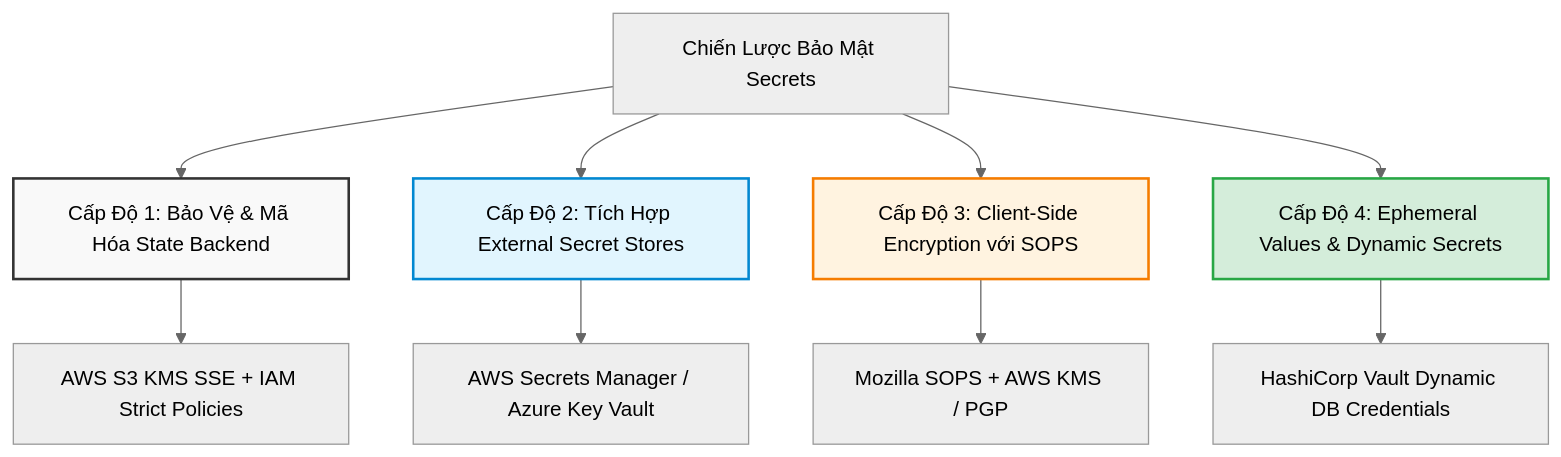
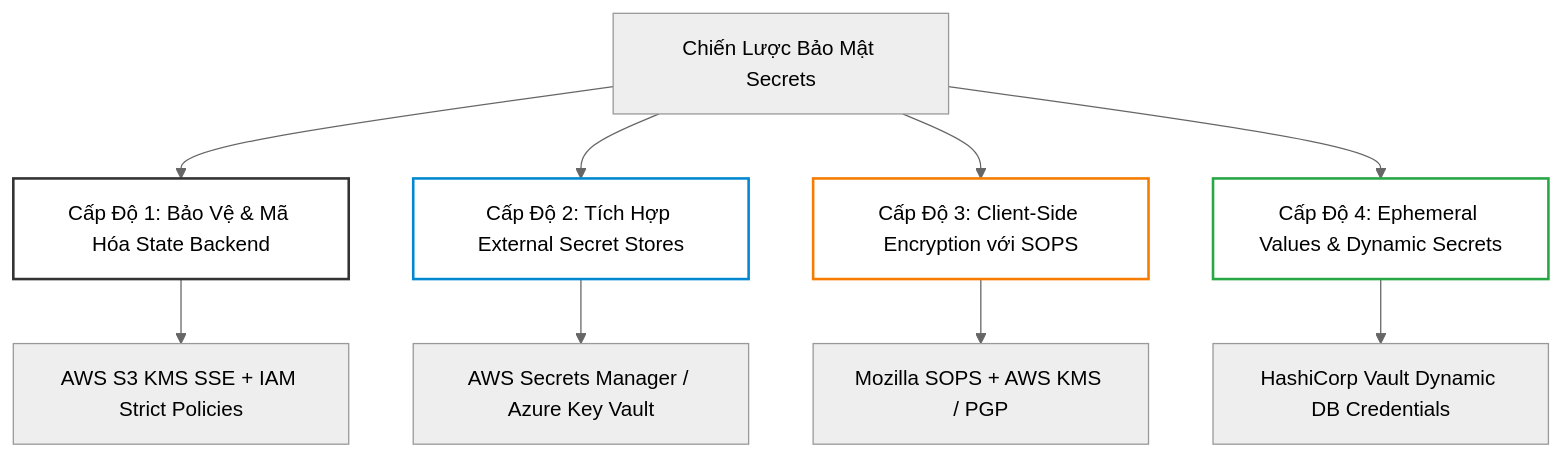
Before and after one commit to kiennt308/ntk: the second of 7 diagrams in _posts/2026-09-13-terraform-20-20-quan-ly-secrets-va-du-lieu-sensitive-trong-terraform.md, drawn with Mermaid (neutral theme). The commit also changed other lines of this file and 207 other files, not shown here.

Commit message:
feat(posts): batch standardize all 208 posts with TL;DR, qa-card accordion, fill:none mermaid, and liquid raw wrappers

````diff
--- a/_posts/2026-09-13-terraform-20-20-quan-ly-secrets-va-du-lieu-sensitive-trong-terraform.md
+++ b/_posts/2026-09-13-terraform-20-20-quan-ly-secrets-va-du-lieu-sensitive-trong-terraform.md
@@ -118,19 +122,19 @@
 ```mermaid
 graph TD
     S["Chiến Lược Bảo Mật Secrets"] --> L1["Cấp Độ 1: Bảo Vệ & Mã Hóa State Backend"]
     S --> L2["Cấp Độ 2: Tích Hợp External Secret Stores"]
     S --> L3["Cấp Độ 3: Client-Side Encryption với SOPS"]
     S --> L4["Cấp Độ 4: Ephemeral Values & Dynamic Secrets"]
 
     L1 --> L1_1["AWS S3 KMS SSE + IAM Strict Policies"]
     L2 --> L2_1["AWS Secrets Manager / Azure Key Vault"]
     L3 --> L3_1["Mozilla SOPS + AWS KMS / PGP"]
     L4 --> L4_1["HashiCorp Vault Dynamic DB Credentials"]
 
-    style L1 fill:#f9f9f9,stroke:#333,stroke-width:2px
-    style L2 fill:#e1f5fe,stroke:#0288d1,stroke-width:2px
-    style L3 fill:#fff3e0,stroke:#f57c00,stroke-width:2px
-    style L4 fill:#d4edda,stroke:#28a745,stroke-width:2px
+    style L1 fill:none,stroke:#333,stroke-width:2px
+    style L2 fill:none,stroke:#0288d1,stroke-width:2px
+    style L3 fill:none,stroke:#f57c00,stroke-width:2px
+    style L4 fill:none,stroke:#28a745,stroke-width:2px
 
 
 ```
````
